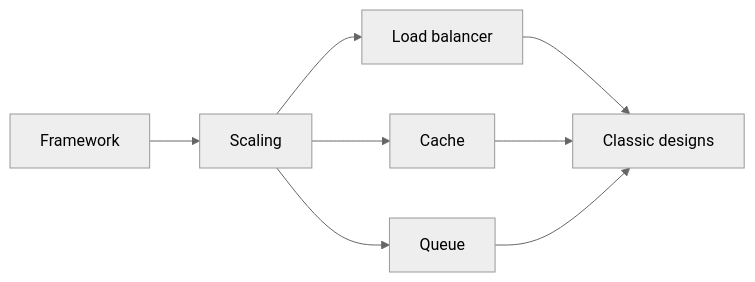
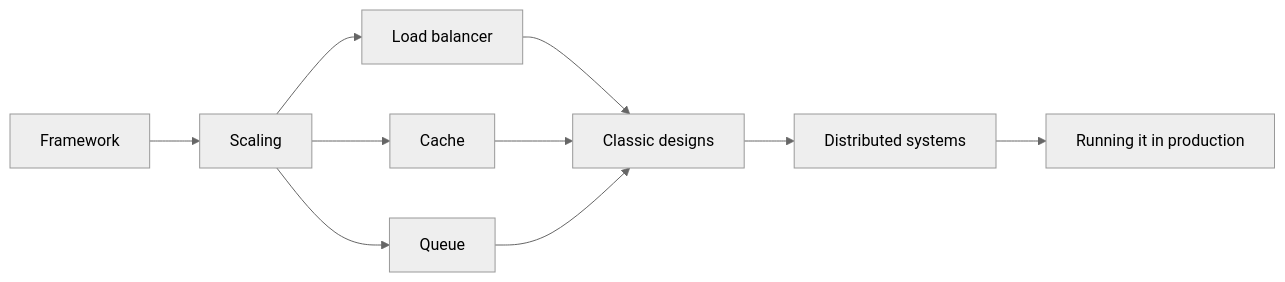
The second of 2 diagrams in learn/system-design/README.md (starjustice/research-material), drawn with Mermaid (neutral theme) before and after one commit. The commit also changed other lines of this file and 9 other files, not shown here.

First line of the commit message:
Add system design roadmap, beginner to senior, and reorder the Study Route track

````diff
--- a/learn/system-design/README.md
+++ b/learn/system-design/README.md
@@ -11,10 +24,12 @@
 ```mermaid
 graph LR
     A["Framework"] --> B["Scaling"]
     B --> C["Load balancer"]
     B --> D["Cache"]
     B --> E["Queue"]
     C --> F["Classic designs"]
     D --> F
     E --> F
+    F --> G["Distributed systems"]
+    G --> H["Running it in production"]
 ```
````
